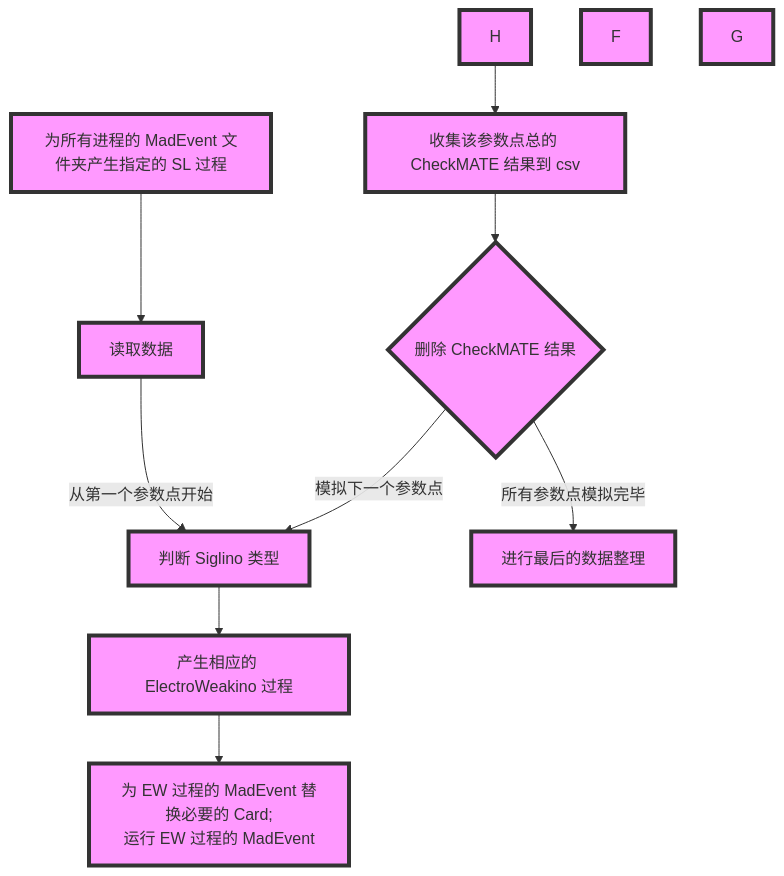
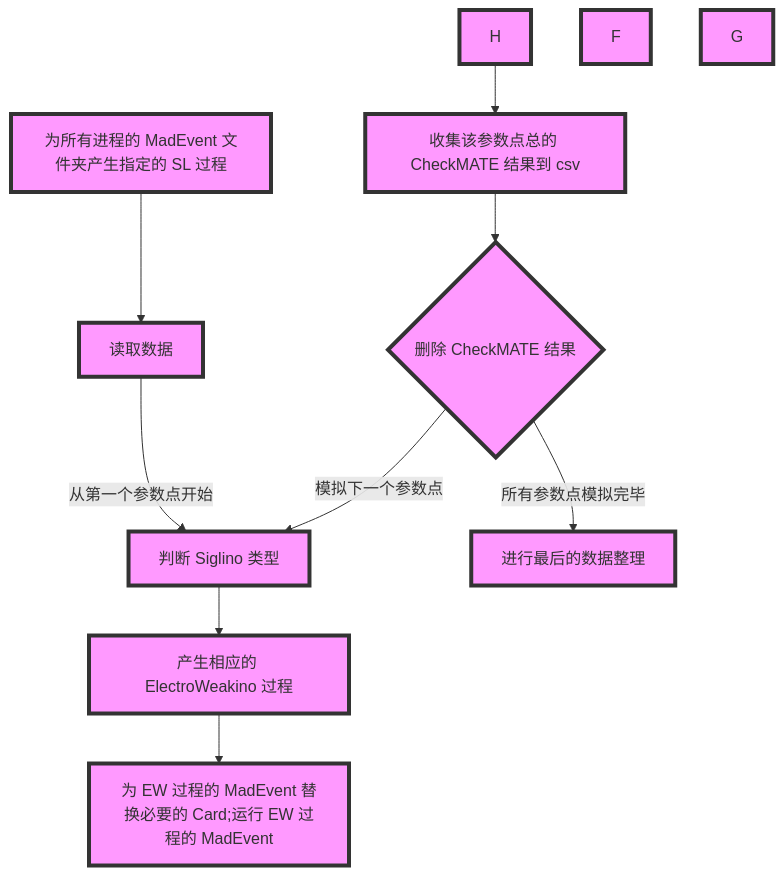
Before and after one commit to vooum/SUSYphe: the first of 10 diagrams in README.md, drawn with Mermaid.

Commit message:
测试

````diff
--- a/README.md
+++ b/README.md
@@ -60,22 +60,22 @@
 ```mermaid
 graph TB
     A[为所有进程的 MadEvent 文件夹产生指定的 SL 过程] --> B[读取数据];
     B --> |从第一个参数点开始| C[判断 Siglino 类型];
     C --> D[产生相应的 ElectroWeakino 过程];
-    D --> E[为 EW 过程的 MadEvent 替换必要的 Card;<br/>运行 EW 过程的 MadEvent];
+    D --> E[为 EW 过程的 MadEvent 替换必要的 Card;运行 EW 过程的 MadEvent];
     H --> I[收集该参数点总的 CheckMATE 结果到 csv];
     I --> J{删除 CheckMATE 结果};
     J --> |模拟下一个参数点|C;
     J --> |所有参数点模拟完毕|K[进行最后的数据整理];
     style A fill:#f9f,stroke:#333,stroke-width:4px;
     style B fill:#f9f,stroke:#333,stroke-width:4px;
     style C fill:#f9f,stroke:#333,stroke-width:4px;
     style D fill:#f9f,stroke:#333,stroke-width:4px;
     style E fill:#f9f,stroke:#333,stroke-width:4px;
     style F fill:#f9f,stroke:#333,stroke-width:4px;
     style G fill:#f9f,stroke:#333,stroke-width:4px;
     style H fill:#f9f,stroke:#333,stroke-width:4px;
     style I fill:#f9f,stroke:#333,stroke-width:4px;
     style J fill:#f9f,stroke:#333,stroke-width:4px;
     style K fill:#f9f,stroke:#333,stroke-width:4px;
 ```
````
